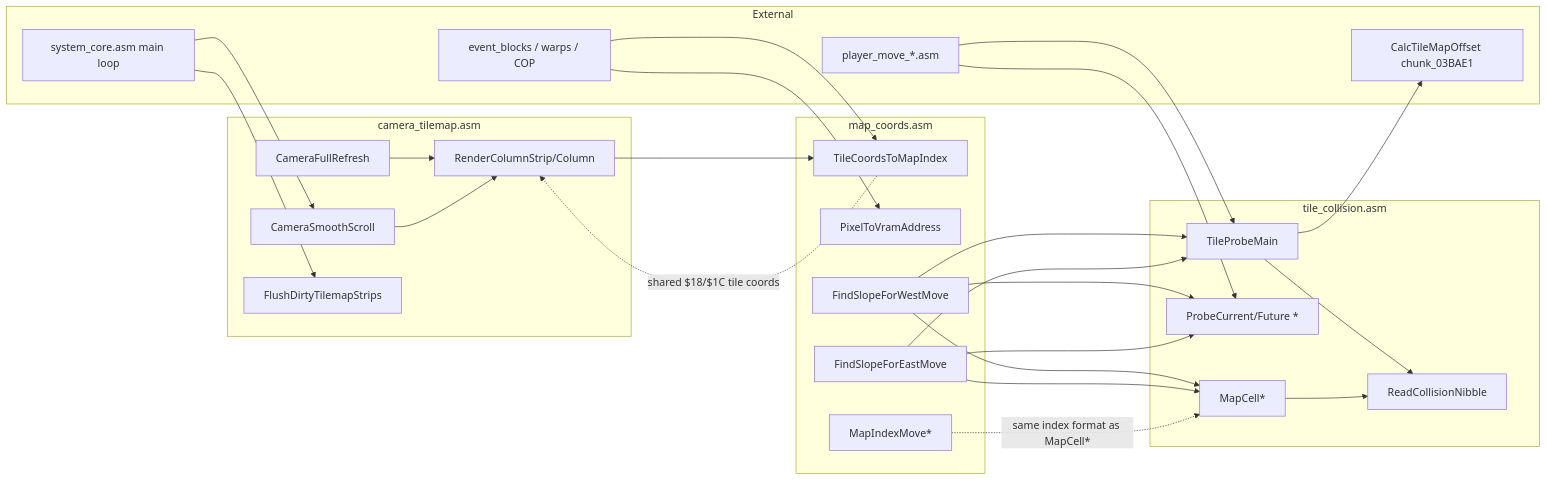
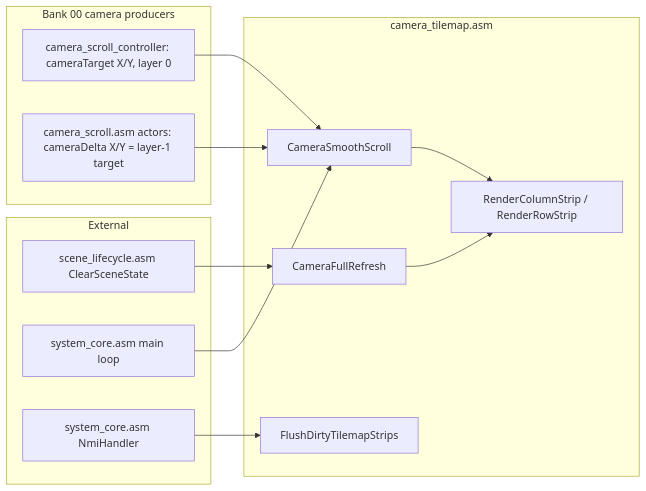
Before and after one commit to Azarem/gaia-iog-baserom: the second of 2 diagrams in docs/code/bank02/camera-scrolling.md, drawn with Mermaid. The commit also changed other lines of this file and 20 other files, not shown here.

````diff
--- a/docs/code/bank02/camera-scrolling.md
+++ b/docs/code/bank02/camera-scrolling.md
@@ -567,56 +348,28 @@
 ```mermaid
 flowchart LR
+    subgraph producers["Bank 00 camera producers"]
+        CSC[camera_scroll_controller: cameraTarget X/Y, layer 0]
+        CSA[camera_scroll.asm actors: cameraDelta X/Y = layer-1 target]
+    end
+
     subgraph camera_tilemap["camera_tilemap.asm"]
         CFS[CameraFullRefresh]
         CSS[CameraSmoothScroll]
-        RSR[RenderColumnStrip/Column]
+        RCS[RenderColumnStrip / RenderRowStrip]
         FDT[FlushDirtyTilemapStrips]
     end
 
-    subgraph map_coords["map_coords.asm"]
-        TCI[TileCoordsToMapIndex]
-        PVA[PixelToVramAddress]
-        MIM[MapIndexMove*]
-        PRT[FindSlopeForWestMove]
-        PLT[FindSlopeForEastMove]
+    subgraph external["External"]
+        SL["scene_lifecycle.asm ClearSceneState"]
+        SC["system_core.asm main loop"]
+        NMI["system_core.asm NmiHandler"]
     end
 
-    subgraph tile_collision["tile_collision.asm"]
-        TPM[TileProbeMain]
-        RCN[ReadCollisionNibble]
-        PCx[ProbeCurrent/Future *]
-        MCx[MapCell*]
-    end
-
-    subgraph external["External"]
-        SC[system_core.asm main loop]
-        VM[CalcTileMapOffset chunk_03BAE1]
-        PM[player_move_*.asm]
-        EV[event_blocks / warps / COP]
-    end
-
+    CSC --> CSS
+    CSA --> CSS
+    SL --> CFS
     SC --> CSS
-    SC --> FDT
-    CFS --> RSR
-    CSS --> RSR
-    RSR --> TCI
-
-    EV --> TCI
-    EV --> PVA
-
-    PM --> PCx
-    PM --> TPM
-    PRT --> PCx
-    PRT --> TPM
-    PRT --> MCx
-    PLT --> PCx
-    PLT --> TPM
-    PLT --> MCx
-
-    TPM --> VM
-    TPM --> RCN
-    MCx --> RCN
-
-    TCI -.->|"shared $18/$1C tile coords"| RSR
-    MIM -.->|"same index format as MapCell*"| MCx
+    NMI --> FDT
+    CFS --> RCS
+    CSS --> RCS
 ```
````
